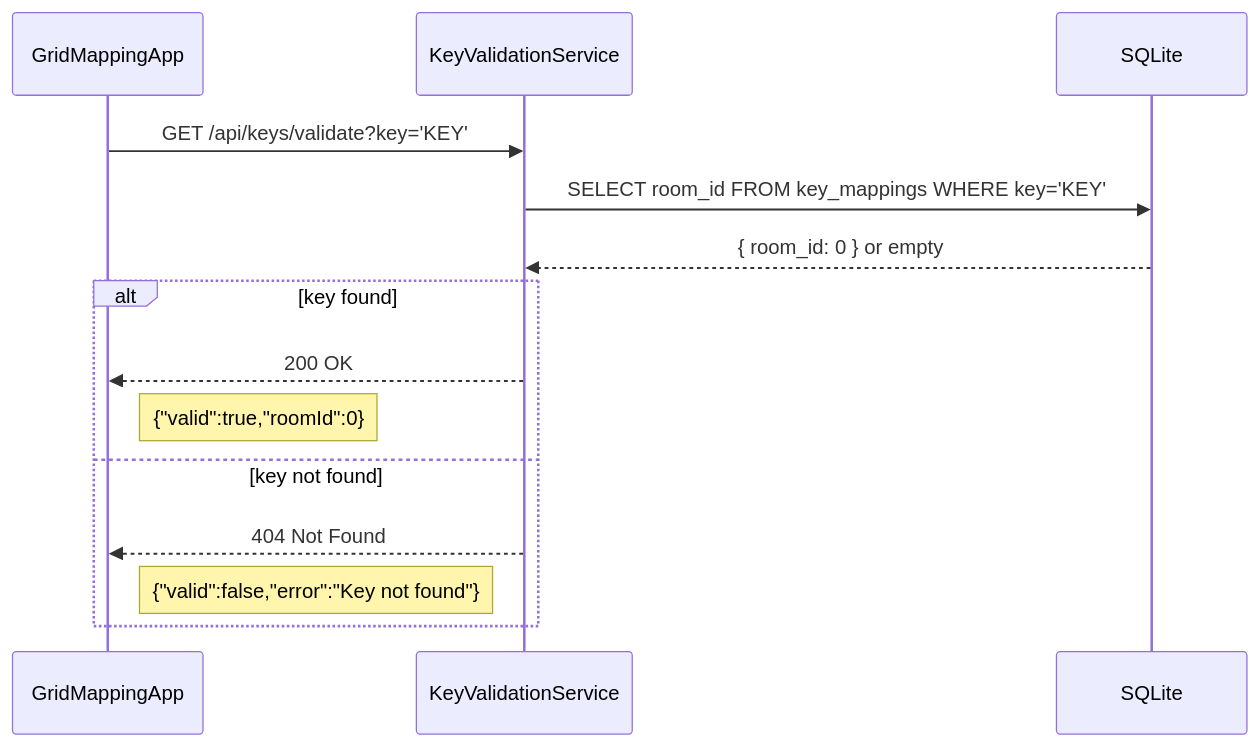
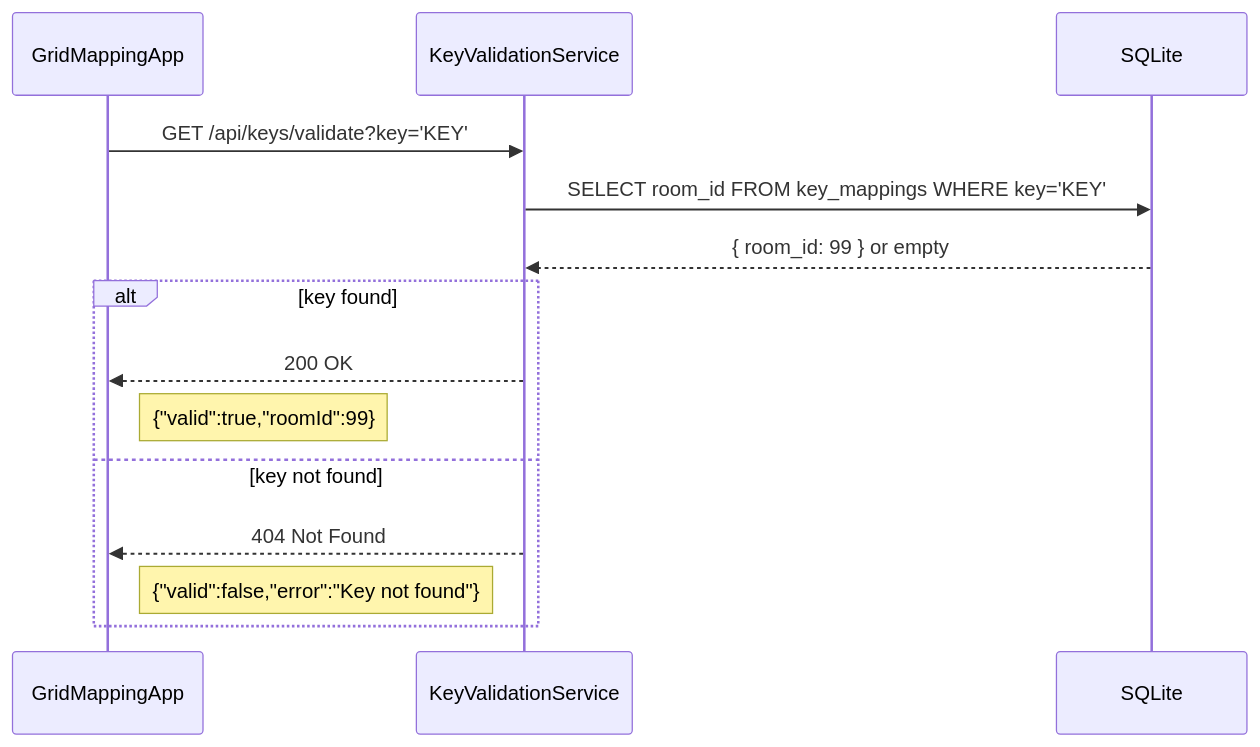
Before and after one commit to hayakzan/CS-361-Microservice-A: the diagram in README.md, drawn with Mermaid. The commit also changed other lines of this file, not shown here.

Commit message:
README edit

````diff
--- a/README.md
+++ b/README.md
@@ -93,18 +93,18 @@
 ```mermaid
 sequenceDiagram
     participant App as GridMappingApp
     participant Service as KeyValidationService
     participant DB as SQLite
 
     App->>Service: GET /api/keys/validate?key='KEY'
     Service->>DB: SELECT room_id FROM key_mappings WHERE key='KEY'
-    DB-->>Service: { room_id: 0 } or empty
+    DB-->>Service: { room_id: 99 } or empty
 
     alt key found
         Service-->>App: 200 OK  
-        Note right of App: {"valid":true,"roomId":0}
+        Note right of App: {"valid":true,"roomId":99}
     else key not found
         Service-->>App: 404 Not Found  
         Note right of App: {"valid":false,"error":"Key not found"}
     end
 ```
````
